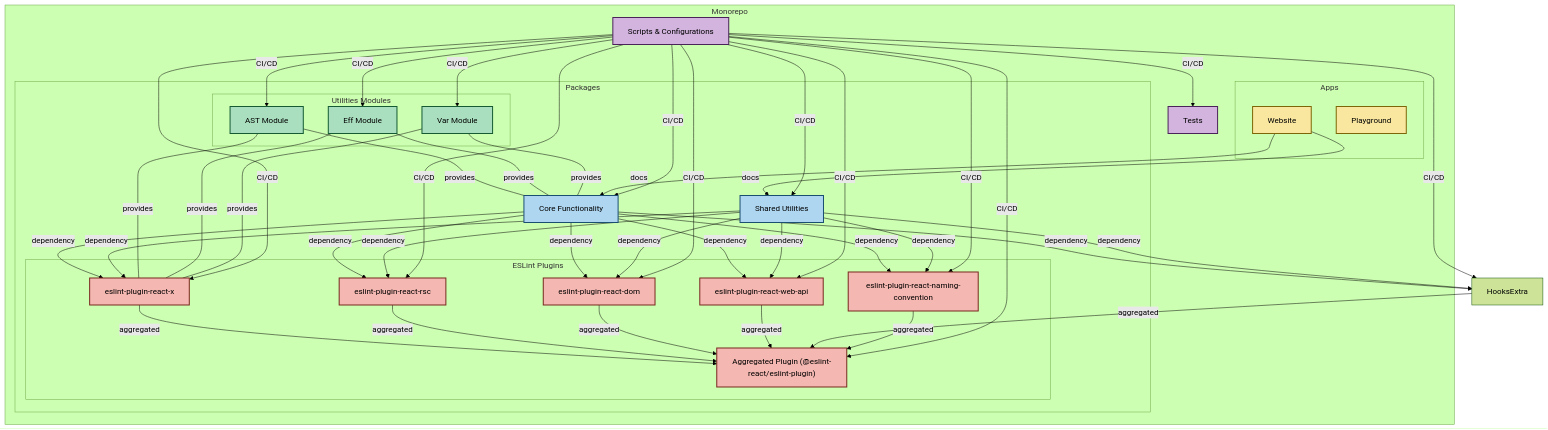
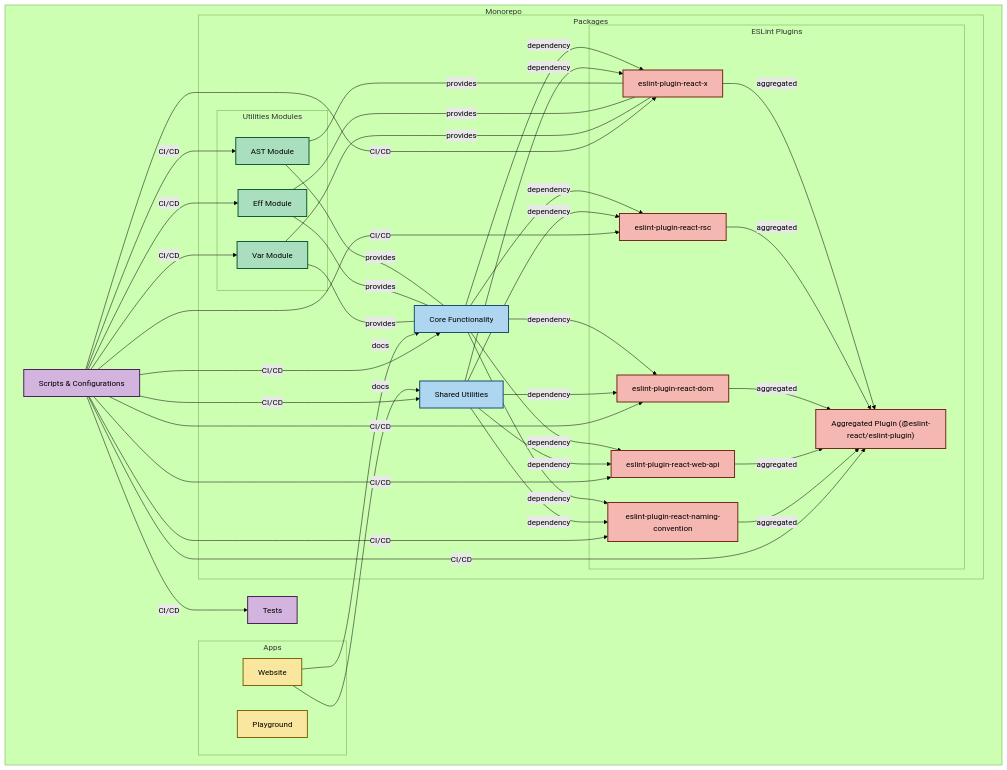
Before and after one commit to Rel1cx/eslint-react: the diagram in apps/website/content/docs/contributing.mdx, drawn with Mermaid (forest theme). The commit also changed 13 other files, not shown here.

```diff
--- a/apps/website/content/docs/contributing.mdx
+++ b/apps/website/content/docs/contributing.mdx
@@ -56,14 +56,14 @@
     Core -->|"dependency"| RSC
     Core -->|"dependency"| DOM
     Core -->|"dependency"| WebAPI
-    Core -->|"dependency"| HooksExtra
+
     Core -->|"dependency"| NamingConvention
 
     Shared -->|"dependency"| X
     Shared -->|"dependency"| RSC
     Shared -->|"dependency"| DOM
     Shared -->|"dependency"| WebAPI
-    Shared -->|"dependency"| HooksExtra
+
     Shared -->|"dependency"| NamingConvention
 
     %% Utilities used by Core and Plugins
@@ -80,7 +80,7 @@
     RSC -->|"aggregated"| Aggregated
     DOM -->|"aggregated"| Aggregated
     WebAPI -->|"aggregated"| Aggregated
-    HooksExtra -->|"aggregated"| Aggregated
+
     NamingConvention -->|"aggregated"| Aggregated
 
     %% Website Documentation uses Core and Shared docs
@@ -97,7 +97,7 @@
     Scripts -->|"CI/CD"| RSC
     Scripts -->|"CI/CD"| DOM
     Scripts -->|"CI/CD"| WebAPI
-    Scripts -->|"CI/CD"| HooksExtra
+
     Scripts -->|"CI/CD"| NamingConvention
     Scripts -->|"CI/CD"| Aggregated
     Scripts -->|"CI/CD"| Tests
```
